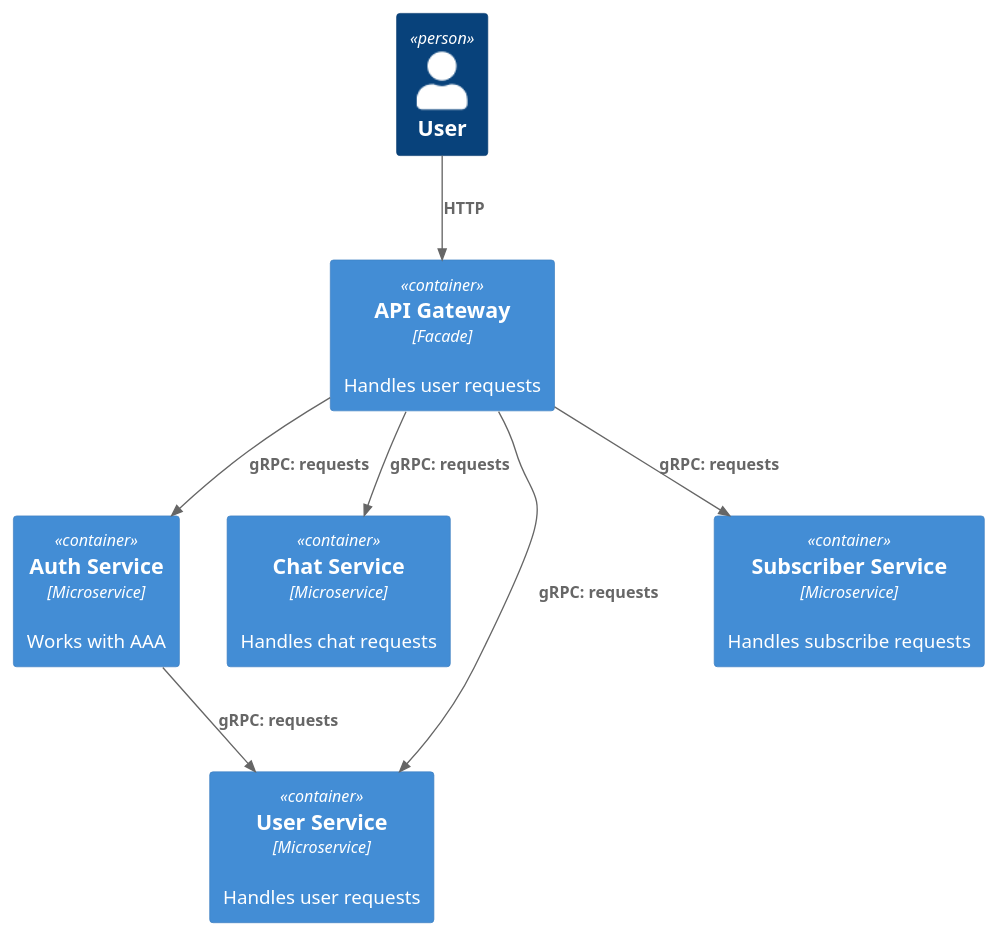
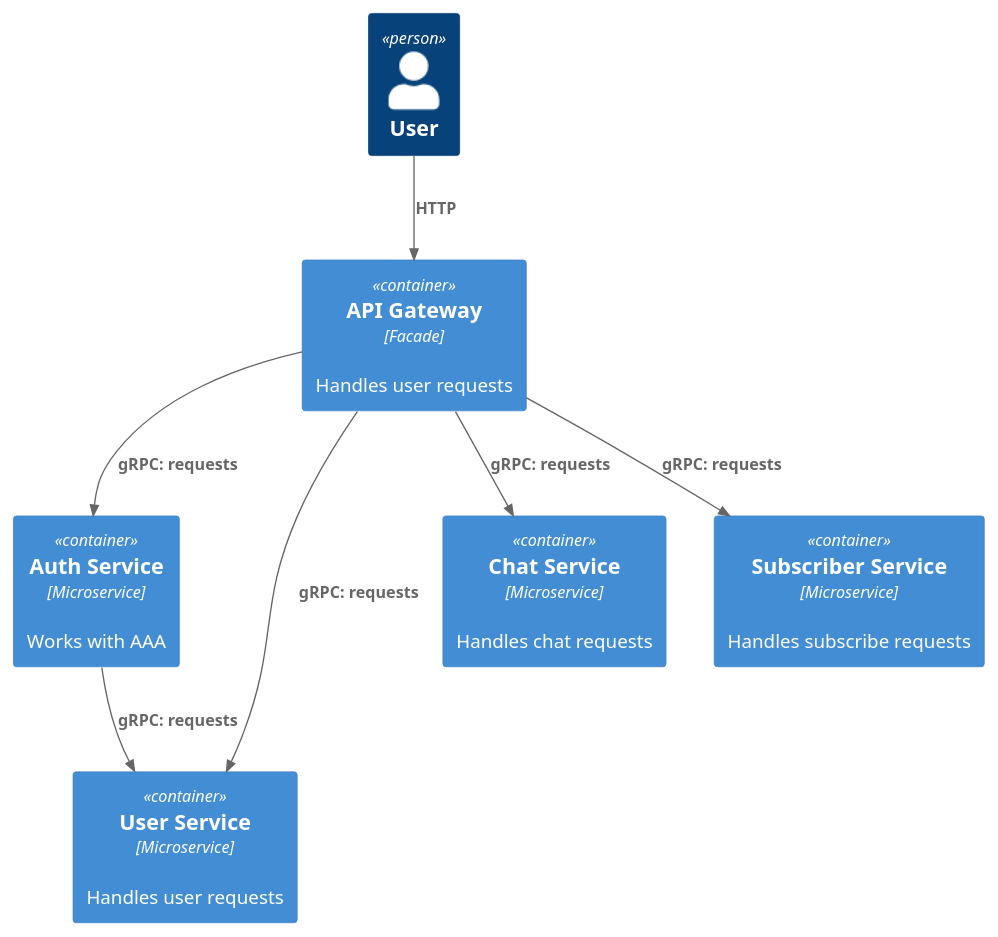
Before and after one commit to MihailPodgorny/messenger: the diagram in architecture/context.puml, drawn with PlantUML. The commit also changed other lines of this file and 9 other files, not shown here.

```diff
--- a/architecture/context.puml
+++ b/architecture/context.puml
@@ -1,20 +1,20 @@
 @startuml
 !include https://raw.githubusercontent.com/plantuml-stdlib/C4-PlantUML/master/C4_Container.puml
 
 Person(user, "User")
 Container(apiGateway, "API Gateway", "Facade", "Handles user requests")
 Container(authService, "Auth Service", "Microservice", "Works with AAA")
+Container(userService, "User Service", "Microservice", "Handles user requests")
 Container(chatService, "Chat Service", "Microservice", "Handles chat requests")
-Container(userService, "User Service", "Microservice", "Handles user requests")
+
 Container(subscriberService, "Subscriber Service", "Microservice", "Handles subscribe requests")
 
 Rel(user, apiGateway, "HTTP")
 
 Rel(apiGateway, authService, "gRPC: requests")
 Rel(authService, userService, "gRPC: requests")
 
 Rel(apiGateway, userService, "gRPC: requests")
+Rel(apiGateway, subscriberService, "gRPC: requests")
 Rel(apiGateway, chatService, "gRPC: requests")
-Rel(apiGateway, subscriberService, "gRPC: requests")
-
 @enduml
```
